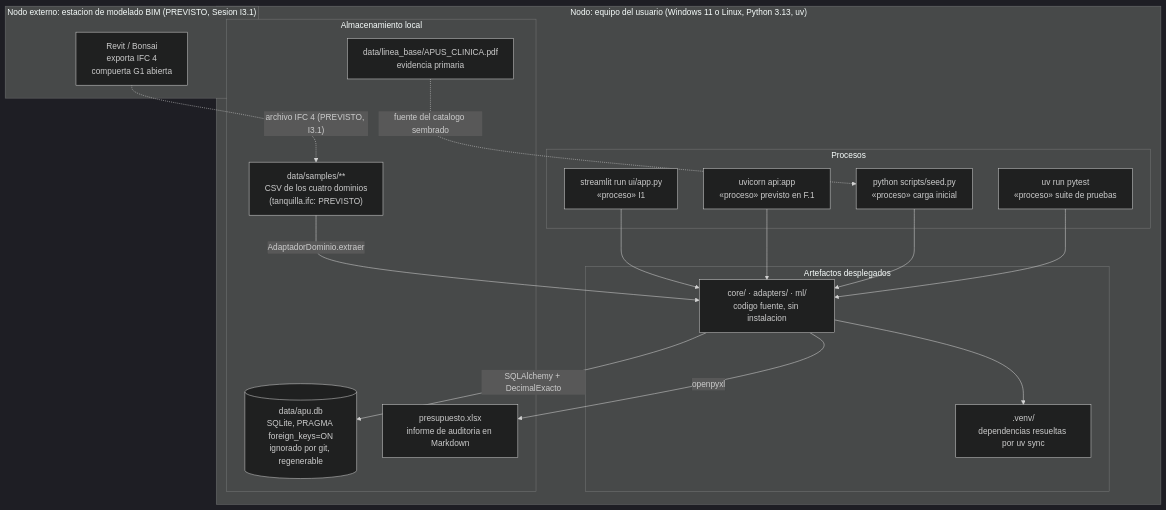
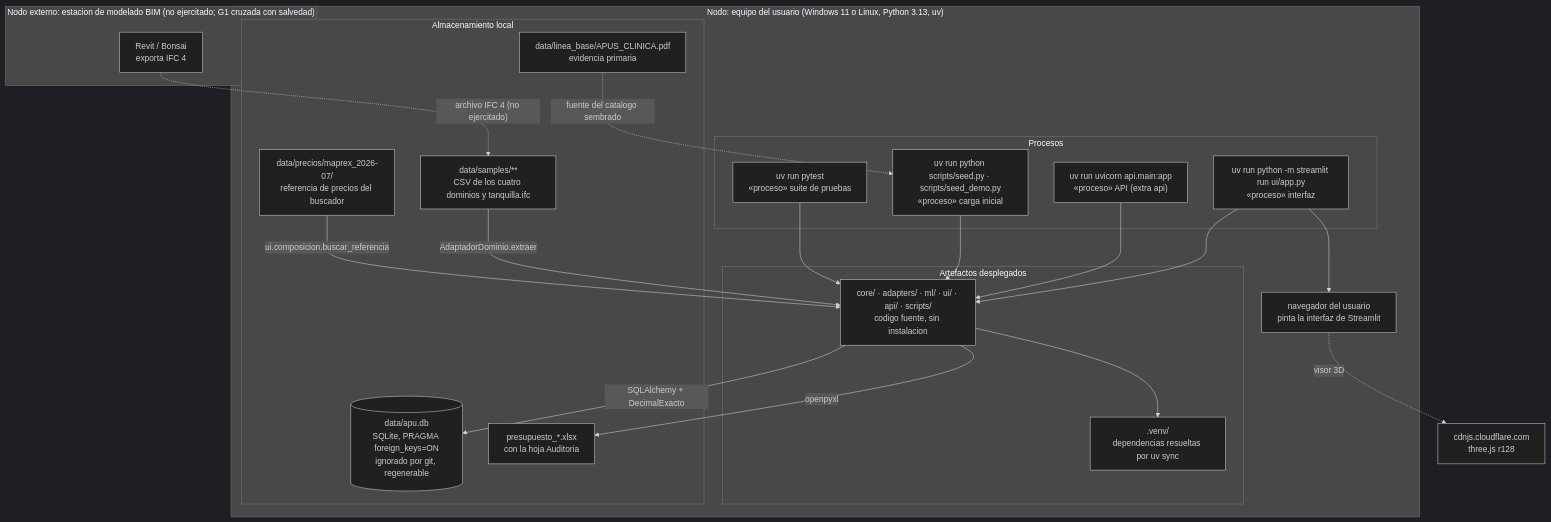
One commit to EugenioRRijo/silice changed the eighth of 8 diagrams in docs/arquitectura.md. Above: the diagram before and after it, drawn with Mermaid (dark theme). The commit also changed other lines of this file, not shown here.

First line of the commit message:
docs(arquitectura): vistas 4+1 regeneradas contra el codigo

````diff
--- a/docs/arquitectura.md
+++ b/docs/arquitectura.md
@@ -870,36 +1207,42 @@
 ```mermaid
 flowchart TB
-    subgraph modelador["Nodo externo: estacion de modelado BIM (PREVISTO, Sesion I3.1)"]
-        revit["Revit / Bonsai<br/>exporta IFC 4<br/>compuerta G1 abierta"]
+    subgraph modelador["Nodo externo: estacion de modelado BIM (no ejercitado; G1 cruzada con salvedad)"]
+        revit["Revit / Bonsai<br/>exporta IFC 4"]
     end
 
     subgraph equipo["Nodo: equipo del usuario (Windows 11 o Linux, Python 3.13, uv)"]
         subgraph procesos["Procesos"]
-            streamlit["streamlit run ui/app.py<br/>«proceso» I1"]
-            seed["python scripts/seed.py<br/>«proceso» carga inicial"]
+            streamlit["uv run python -m streamlit run ui/app.py<br/>«proceso» interfaz"]
+            fastapi["uv run uvicorn api.main:app<br/>«proceso» API (extra api)"]
+            seed["uv run python scripts/seed.py · scripts/seed_demo.py<br/>«proceso» carga inicial"]
             pytest["uv run pytest<br/>«proceso» suite de pruebas"]
-            fastapi["uvicorn api:app<br/>«proceso» previsto en F.1"]
         end
         subgraph artefactos["Artefactos desplegados"]
-            paquetes["core/ · adapters/ · ml/<br/>codigo fuente, sin instalacion"]
+            paquetes["core/ · adapters/ · ml/ · ui/ · api/ · scripts/<br/>codigo fuente, sin instalacion"]
             venv[".venv/<br/>dependencias resueltas por uv sync"]
         end
         subgraph datos["Almacenamiento local"]
             db[("data/apu.db<br/>SQLite, PRAGMA foreign_keys=ON<br/>ignorado por git, regenerable")]
-            samples["data/samples/**<br/>CSV de los cuatro dominios<br/>(tanquilla.ifc: PREVISTO)"]
+            samples["data/samples/**<br/>CSV de los cuatro dominios y tanquilla.ifc"]
+            referencia["data/precios/maprex_2026-07/<br/>referencia de precios del buscador"]
             base["data/linea_base/APUS_CLINICA.pdf<br/>evidencia primaria"]
-            salidas["presupuesto.xlsx<br/>informe de auditoria en Markdown"]
+            salidas["presupuesto_*.xlsx<br/>con la hoja Auditoria"]
         end
+        navegador["navegador del usuario<br/>pinta la interfaz de Streamlit"]
     end
+    cdn["cdnjs.cloudflare.com<br/>three.js r128"]
 
-    revit -.->|"archivo IFC 4 (PREVISTO, I3.1)"| samples
+    revit -.->|"archivo IFC 4 (no ejercitado)"| samples
     streamlit --> paquetes
     fastapi --> paquetes
     seed --> paquetes
     pytest --> paquetes
     paquetes --> venv
     paquetes -->|"SQLAlchemy + DecimalExacto"| db
     samples -->|"AdaptadorDominio.extraer"| paquetes
+    referencia -->|"ui.composicion.buscar_referencia"| paquetes
     base -.->|"fuente del catalogo sembrado"| seed
     paquetes -->|"openpyxl"| salidas
+    streamlit --> navegador
+    navegador -.->|"visor 3D"| cdn
 ```
````
